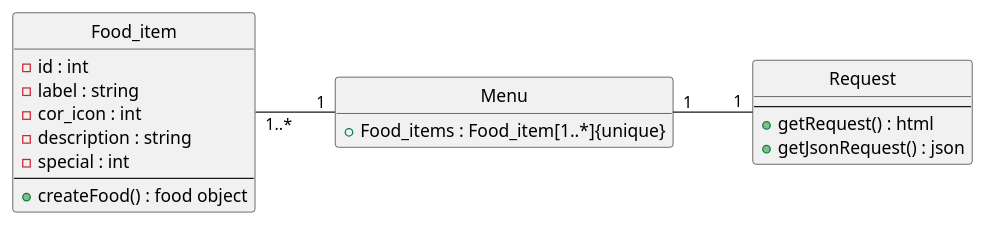
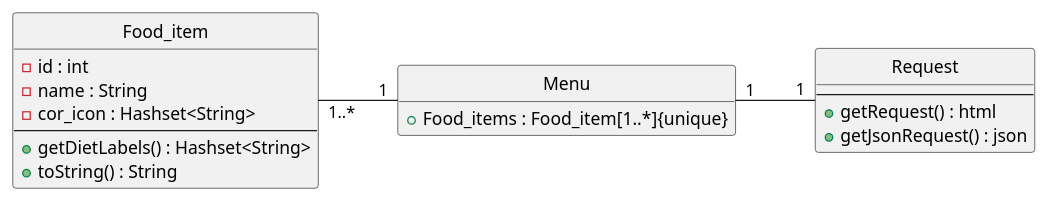
One commit to EzekielEkanem/team-1d changed the diagram in intellij/doc/class-diagram.md. Above: the diagram before and after it, drawn with PlantUML. The commit also changed 1 other file, not shown here.

````diff
--- a/intellij/doc/class-diagram.md
+++ b/intellij/doc/class-diagram.md
@@ -1,30 +1,29 @@
 ```plantuml
 @startuml
 hide circle
 hide empty methods
 
 ' classes
 class Menu{
 +Food_items : Food_item[1..*]{unique}
 }
 class Food_item{
 -id : int
--label : string
--cor_icon : int
--description : string
--special : int
+-name : String
+-cor_icon : Hashset<String>
 --
-+createFood() : food object
++getDietLabels() : Hashset<String> 
++toString() : String
 }
 class Request{
 --
 +getRequest() : html
 +getJsonRequest() : json
 }
 
 ' associations
 Food_item "1..*" - "1" Menu : \t
 Menu "1" - "1" Request : \t
 
 @end
 ```
````
